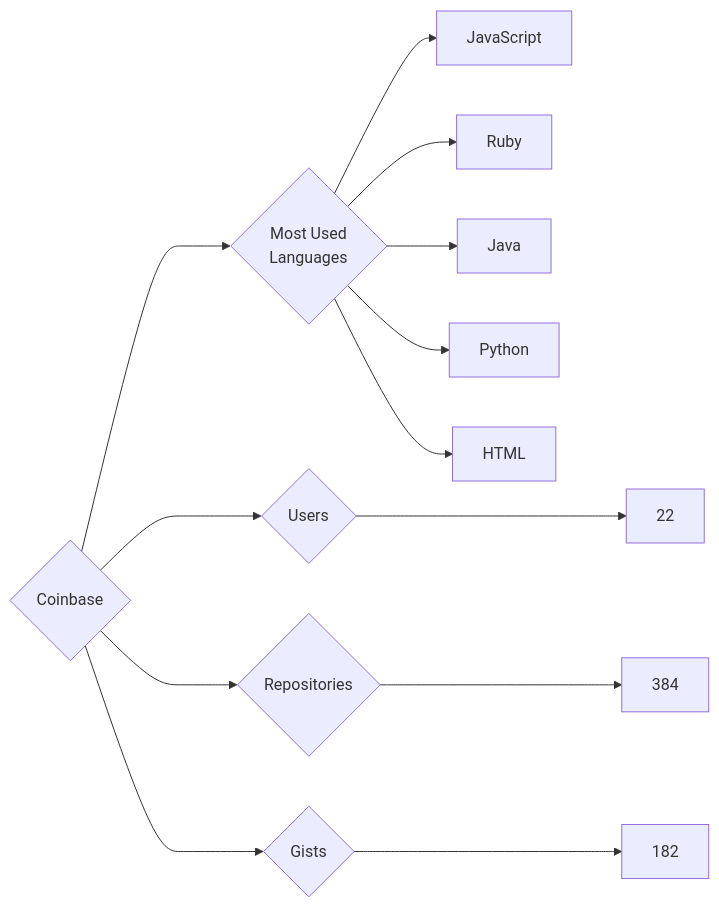
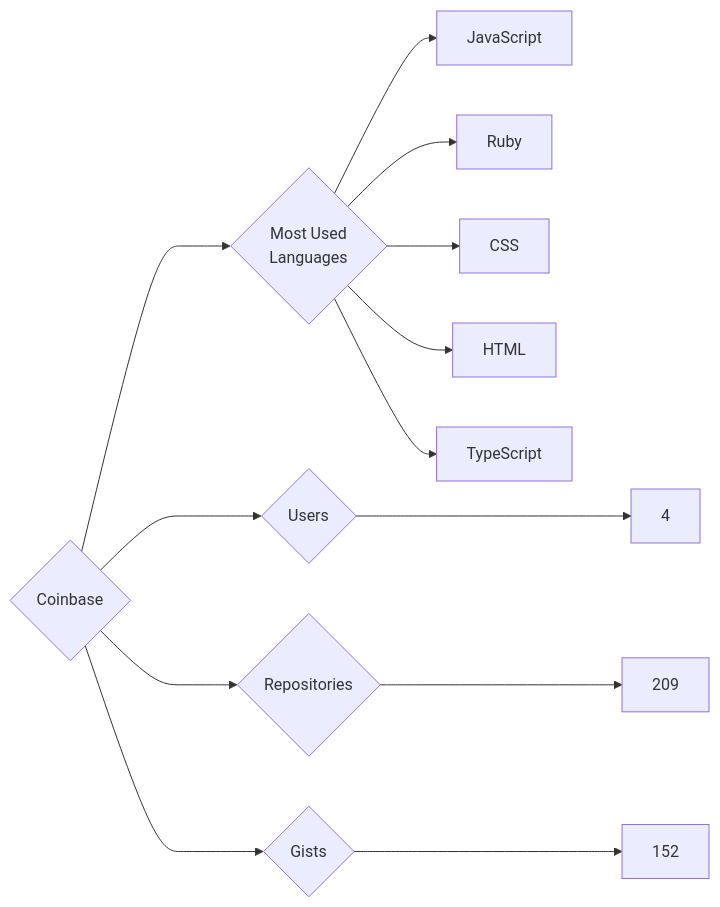
Before and after one commit to trickest/insiders: the diagram in targets/Coinbase/README.md, drawn with Mermaid. The commit also changed 870 other files, not shown here.

````diff
--- a/targets/Coinbase/README.md
+++ b/targets/Coinbase/README.md
@@ -3,13 +3,13 @@
 ```mermaid
 graph LR
 COMPANY_NAME{Coinbase}
-COMPANY_NAME ---> U{Users} ---> UN[22]
-COMPANY_NAME ---> R{Repositories} ---> RN[384]
-COMPANY_NAME ---> G{Gists} ---> GN[182]
+COMPANY_NAME ---> U{Users} ---> UN[4]
+COMPANY_NAME ---> R{Repositories} ---> RN[209]
+COMPANY_NAME ---> G{Gists} ---> GN[152]
 COMPANY_NAME ---> ML{Most Used<br>Languages}
 ML --> JavaScript[JavaScript]
 ML --> Ruby[Ruby]
-ML --> Java[Java]
-ML --> Python[Python]
+ML --> CSS[CSS]
 ML --> HTML[HTML]
+ML --> TypeScript[TypeScript]
 ```
````
